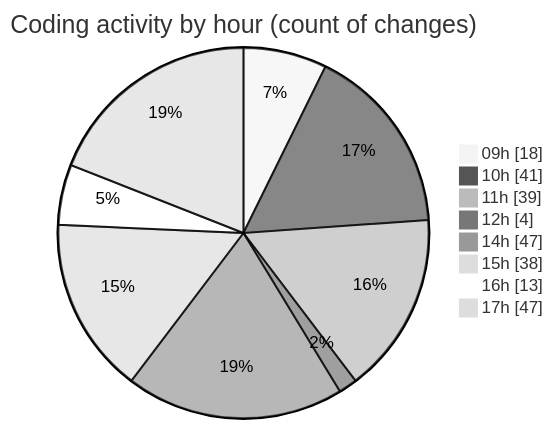
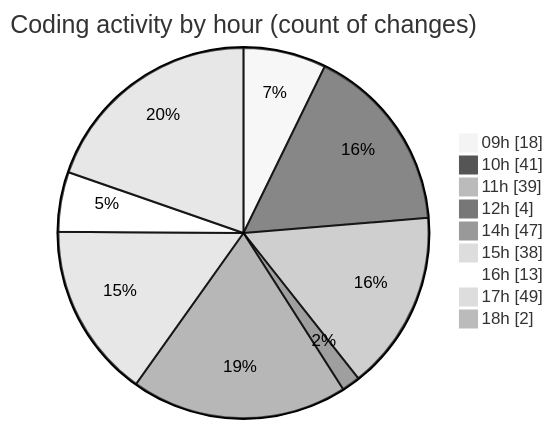
The second of 2 diagrams in 2025-02-11/cda/README.md (momahboobian/code-tracking), drawn with Mermaid (neutral theme) before and after one commit. The commit also changed other lines of this file and 1 other file, not shown here.

````diff
--- a/2025-02-11/cda/README.md
+++ b/2025-02-11/cda/README.md
@@ -34,12 +34,13 @@
 ```mermaid
 pie showData
 title Coding activity by hour (count of changes)
 "09h" : 18
 "10h" : 41
 "11h" : 39
 "12h" : 4
 "14h" : 47
 "15h" : 38
 "16h" : 13
-"17h" : 47
+"17h" : 49
+"18h" : 2
 ```
````
